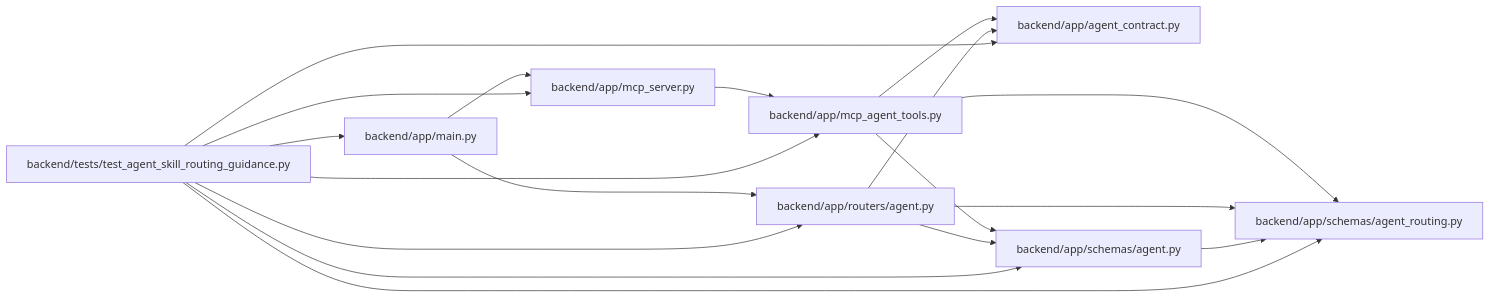
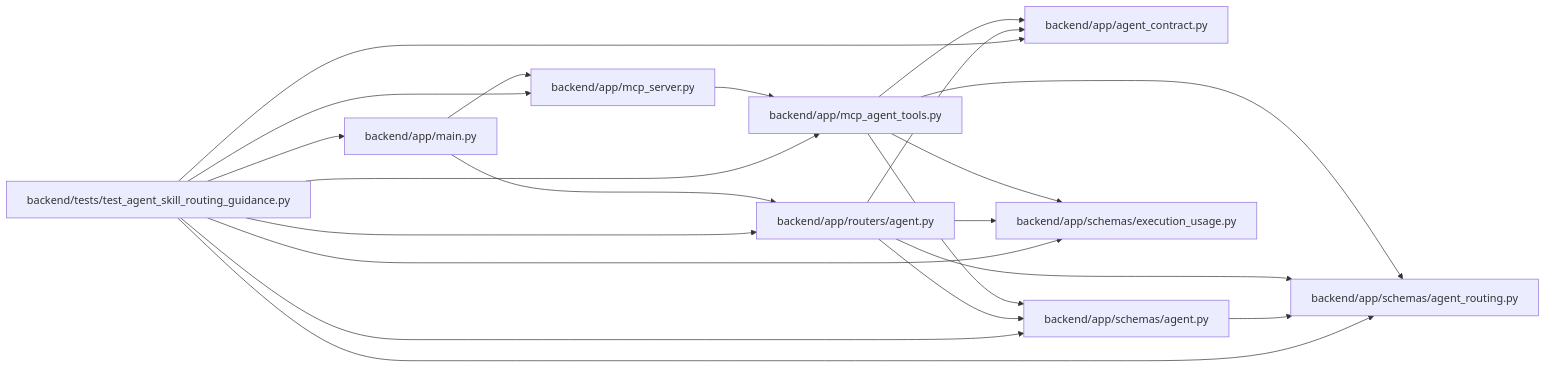
Before and after one commit to Denissvgn/WorkChord: the diagram in docs/llm_wiki/modules/test_agent_skill_routing_guidance.md, drawn with Mermaid. The commit also changed other lines of this file and 6624 other files, not shown here.

First line of the commit message:
Add verified Android workflows and external-agent execution evidence (#8)

````diff
--- a/docs/llm_wiki/modules/test_agent_skill_routing_guidance.md
+++ b/docs/llm_wiki/modules/test_agent_skill_routing_guidance.md
@@ -30,36 +31,41 @@
 ```mermaid
 flowchart LR
     n0["backend/app/agent_contract.py"]
     n1["backend/app/main.py"]
     n2["backend/app/mcp_agent_tools.py"]
     n3["backend/app/mcp_server.py"]
     n4["backend/app/routers/agent.py"]
     n5["backend/app/schemas/agent.py"]
     n6["backend/app/schemas/agent_routing.py"]
-    n7["backend/tests/test_agent_skill_routing_guidance.py"]
+    n7["backend/app/schemas/execution_usage.py"]
+    n8["backend/tests/test_agent_skill_routing_guidance.py"]
     n1 --> n3
     n1 --> n4
     n2 --> n0
     n2 --> n5
     n2 --> n6
+    n2 --> n7
     n3 --> n2
     n4 --> n0
     n4 --> n5
     n4 --> n6
+    n4 --> n7
     n5 --> n6
-    n7 --> n0
-    n7 --> n1
-    n7 --> n2
-    n7 --> n3
-    n7 --> n4
-    n7 --> n5
-    n7 --> n6
+    n8 --> n0
+    n8 --> n1
+    n8 --> n2
+    n8 --> n3
+    n8 --> n4
+    n8 --> n5
+    n8 --> n6
+    n8 --> n7
     click n0 "../modules/agent_contract.md"
     click n1 "../modules/app_main.md"
     click n2 "../modules/mcp_agent_tools.md"
     click n3 "../modules/mcp_server.md"
     click n4 "../modules/routers_agent.md"
     click n5 "../modules/schemas_agent.md"
     click n6 "../modules/agent_routing.md"
-    click n7 "../modules/test_agent_skill_routing_guidance.md"
+    click n7 "../modules/schemas_execution_usage.md"
+    click n8 "../modules/test_agent_skill_routing_guidance.md"
 ```
````
